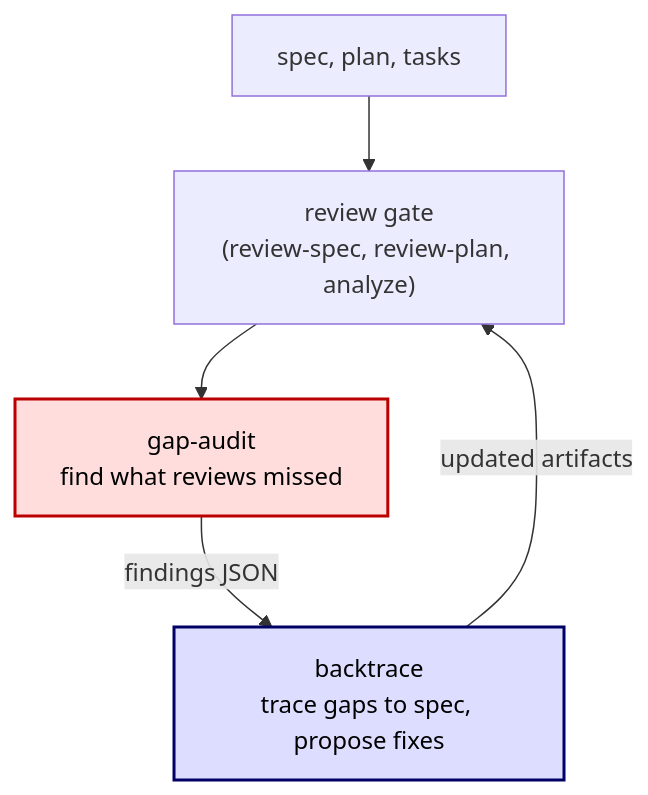
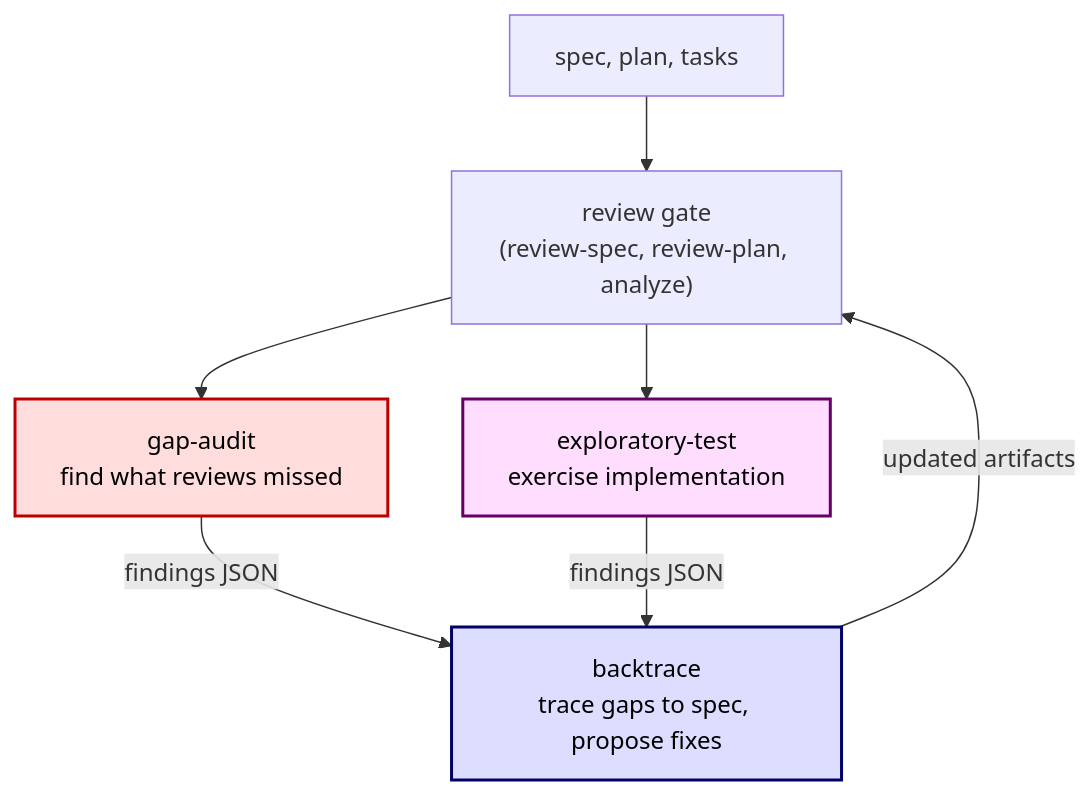
The diagram in README.md (mfleader/sdd-skills), drawn with Mermaid before and after one commit. The commit also changed other lines of this file, not shown here.

First line of the commit message:
docs: update project README and config for exploratory-test extension

````diff
--- a/README.md
+++ b/README.md
@@ -14,10 +14,13 @@
 ```mermaid
 flowchart TD
     A["spec, plan, tasks"] --> B["review gate<br>(review-spec, review-plan, analyze)"]
     B --> C["gap-audit<br>find what reviews missed"]
     C -->|"findings JSON"| D["backtrace<br>trace gaps to spec, propose fixes"]
     D -->|"updated artifacts"| B
+    B --> E["exploratory-test<br>exercise implementation"]
+    E -->|"findings JSON"| D
 
     style C fill:#fdd,stroke:#b00,stroke-width:2px,color:#000
     style D fill:#ddf,stroke:#006,stroke-width:2px,color:#000
+    style E fill:#fdf,stroke:#606,stroke-width:2px,color:#000
 ```
````
